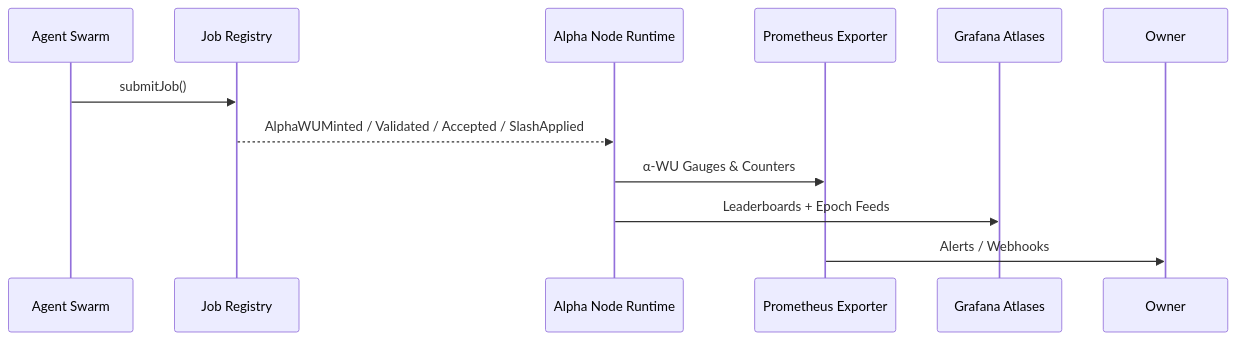
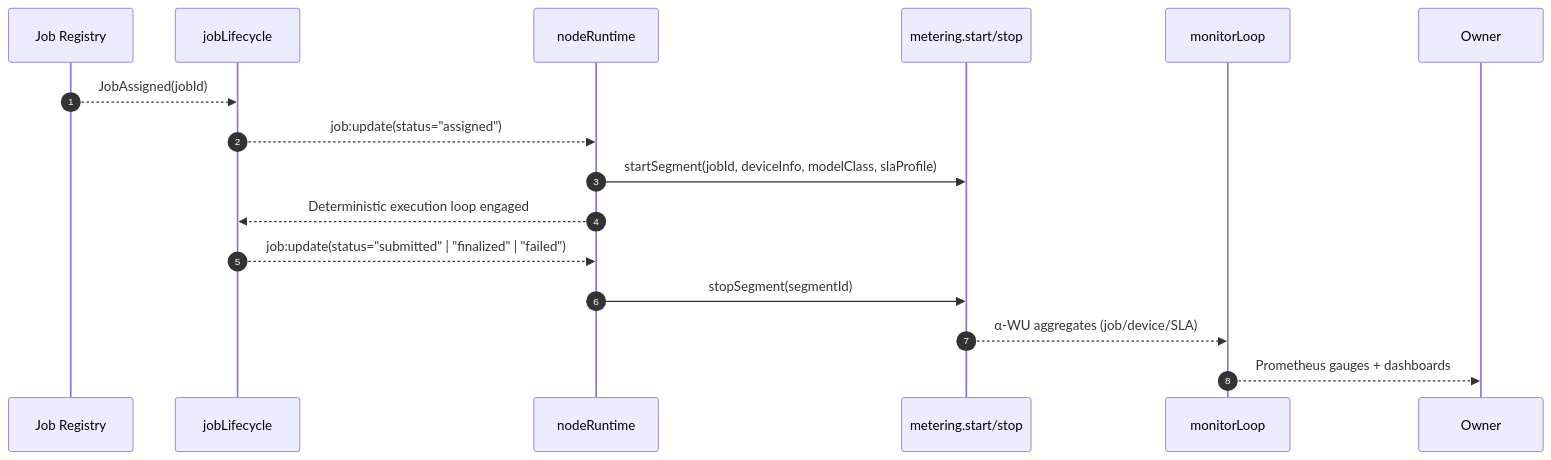
The second of 4 diagrams in README.md (MontrealAI/AGI-Alpha-Node-v0), drawn with Mermaid before and after one commit. The commit also changed other lines of this file and 9 other files, not shown here.

Commit message:
Add runtime metering service with execution binding and telemetry

````diff
--- a/README.md
+++ b/README.md
@@ -159,14 +107,18 @@
 ```mermaid
 sequenceDiagram
-  participant Agent as Agent Swarm
+  autonumber
   participant Registry as Job Registry
-  participant Runtime as Alpha Node Runtime
-  participant Telemetry as Prometheus Exporter
-  participant Dash as Grafana Atlases
+  participant Lifecycle as jobLifecycle
+  participant Runtime as nodeRuntime
+  participant Meter as metering.start/stop
+  participant Telemetry as monitorLoop
 
-  Agent->>Registry: submitJob()
-  Registry-->>Runtime: AlphaWUMinted / Validated / Accepted / SlashApplied
-  Runtime->>Telemetry: α-WU Gauges & Counters
-  Runtime->>Dash: Leaderboards + Epoch Feeds
-  Telemetry->>Owner: Alerts / Webhooks
+  Registry-->>Lifecycle: JobAssigned(jobId)
+  Lifecycle-->>Runtime: job:update(status="assigned")
+  Runtime->>Meter: startSegment(jobId, deviceInfo, modelClass, slaProfile)
+  Runtime-->>Lifecycle: Deterministic execution loop engaged
+  Lifecycle-->>Runtime: job:update(status="submitted" | "finalized" | "failed")
+  Runtime->>Meter: stopSegment(segmentId)
+  Meter-->>Telemetry: α-WU aggregates (job/device/SLA)
+  Telemetry-->>Owner: Prometheus gauges + dashboards
 ```
````
